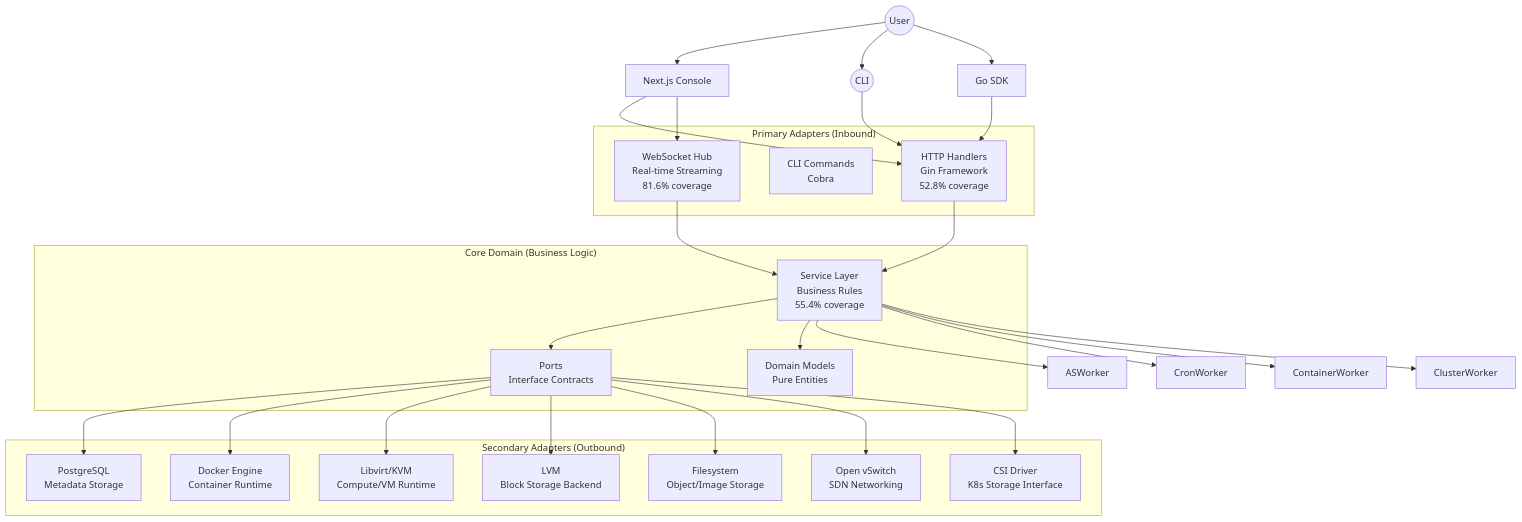
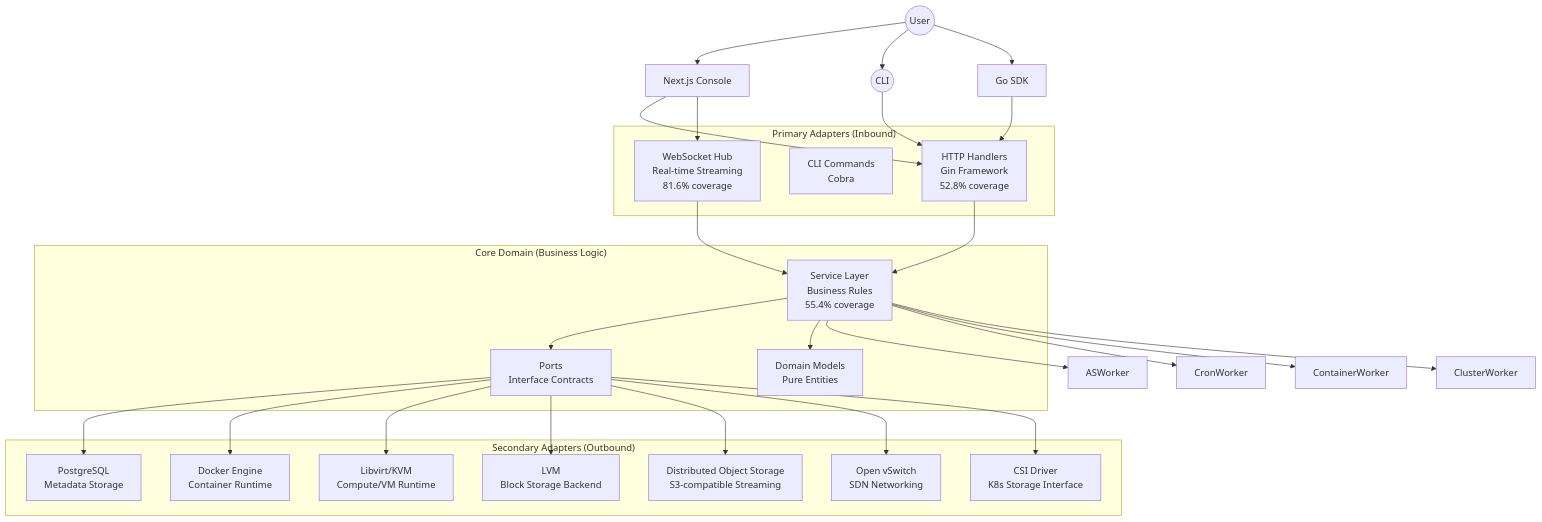
Before and after one commit to poyrazK/thecloud: the diagram in docs/architecture.md, drawn with Mermaid. The commit also changed other lines of this file and 4 other files, not shown here.

Commit message:
docs: add ADR-020 and update architecture/service docs for streaming

````diff
--- a/docs/architecture.md
+++ b/docs/architecture.md
@@ -13,52 +13,52 @@
 ```mermaid
 graph TB
     User((User))
     CLI((CLI))
     Console[Next.js Console]
     SDK[Go SDK]
 
     subgraph "Primary Adapters (Inbound)"
         Handler[HTTP Handlers<br/>Gin Framework<br/>52.8% coverage]
         Cmd[CLI Commands<br/>Cobra]
         WS[WebSocket Hub<br/>Real-time Streaming<br/>81.6% coverage]
     end
 
     subgraph "Core Domain (Business Logic)"
         Service[Service Layer<br/>Business Rules<br/>55.4% coverage]
         Domain[Domain Models<br/>Pure Entities]
         Ports[Ports<br/>Interface Contracts]
     end
 
     subgraph "Secondary Adapters (Outbound)"
         RepoPG[PostgreSQL<br/>Metadata Storage]
         RepoDocker[Docker Engine<br/>Container Runtime]
         RepoLibvirt[Libvirt/KVM<br/>Compute/VM Runtime]
         RepoLVM[LVM<br/>Block Storage Backend]
-        RepoFS[Filesystem<br/>Object/Image Storage]
+        RepoFS[Distributed Object Storage<br/>S3-compatible Streaming]
         RepoOVS[Open vSwitch<br/>SDN Networking]
         RepoCSI[CSI Driver<br/>K8s Storage Interface]
     end
 
     User --> Console
     User --> CLI
     User --> SDK
     Console --> Handler
     Console --> WS
     CLI --> Handler
     SDK --> Handler
     Handler --> Service
     WS --> Service
     Service --> Ports
     Service --> Domain
     Ports --> RepoPG
     Ports --> RepoDocker
     Ports --> RepoLibvirt
     Ports --> RepoLVM
     Ports --> RepoFS
     Ports --> RepoOVS
     Ports --> RepoCSI
     Service --> ASWorker
     Service --> CronWorker
     Service --> ContainerWorker
     Service --> ClusterWorker
 ```
````
